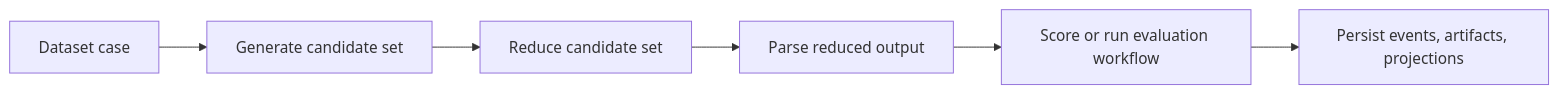
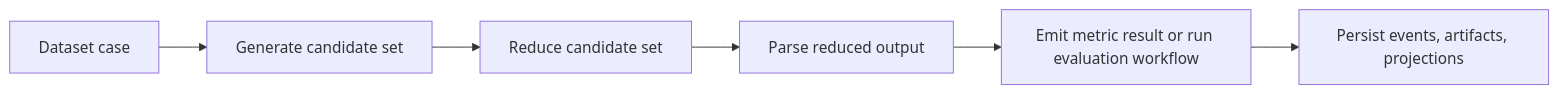
The diagram in docs/explanation/case-lifecycle.md (Pittawat2542/themis), drawn with Mermaid before and after one commit. The commit also changed 87 other files, not shown here.

````diff
--- a/docs/explanation/case-lifecycle.md
+++ b/docs/explanation/case-lifecycle.md
@@ -20,8 +20,8 @@
 ```mermaid
 flowchart LR
     A["Dataset case"] --> B["Generate candidate set"]
     B --> C["Reduce candidate set"]
     C --> D["Parse reduced output"]
-    D --> E["Score or run evaluation workflow"]
+    D --> E["Emit metric result or run evaluation workflow"]
     E --> F["Persist events, artifacts, projections"]
 ```
````
